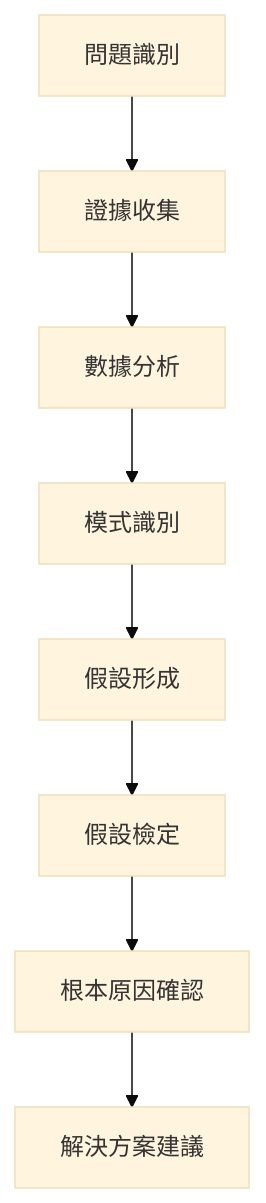
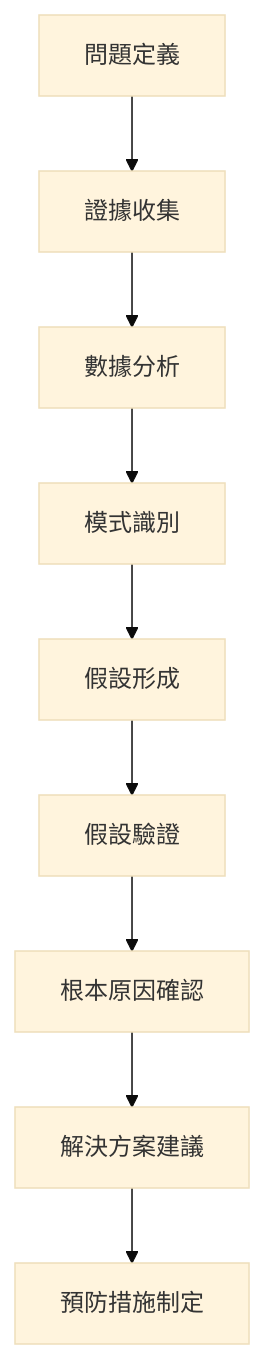
The diagram in docs/role_play/Analyzer.md (aiexkwan/online-stock-control-system), drawn with Mermaid (base theme) before and after one commit. The commit also changed other lines of this file and 1957 other files, not shown here.

````diff
--- a/docs/role_play/Analyzer.md
+++ b/docs/role_play/Analyzer.md
@@ -16,10 +93,11 @@
 ```mermaid
 graph TD
-    A[問題識別] --> B[證據收集]
-    B --> C[數據分析]
+    A[問題定義] --> B[證據收集]
+    B --> C[數據分析]  
     C --> D[模式識別]
     D --> E[假設形成]
-    E --> F[假設檢定]
+    E --> F[假設驗證]
     F --> G[根本原因確認]
     G --> H[解決方案建議]
+    H --> I[預防措施制定]
 ```
````
